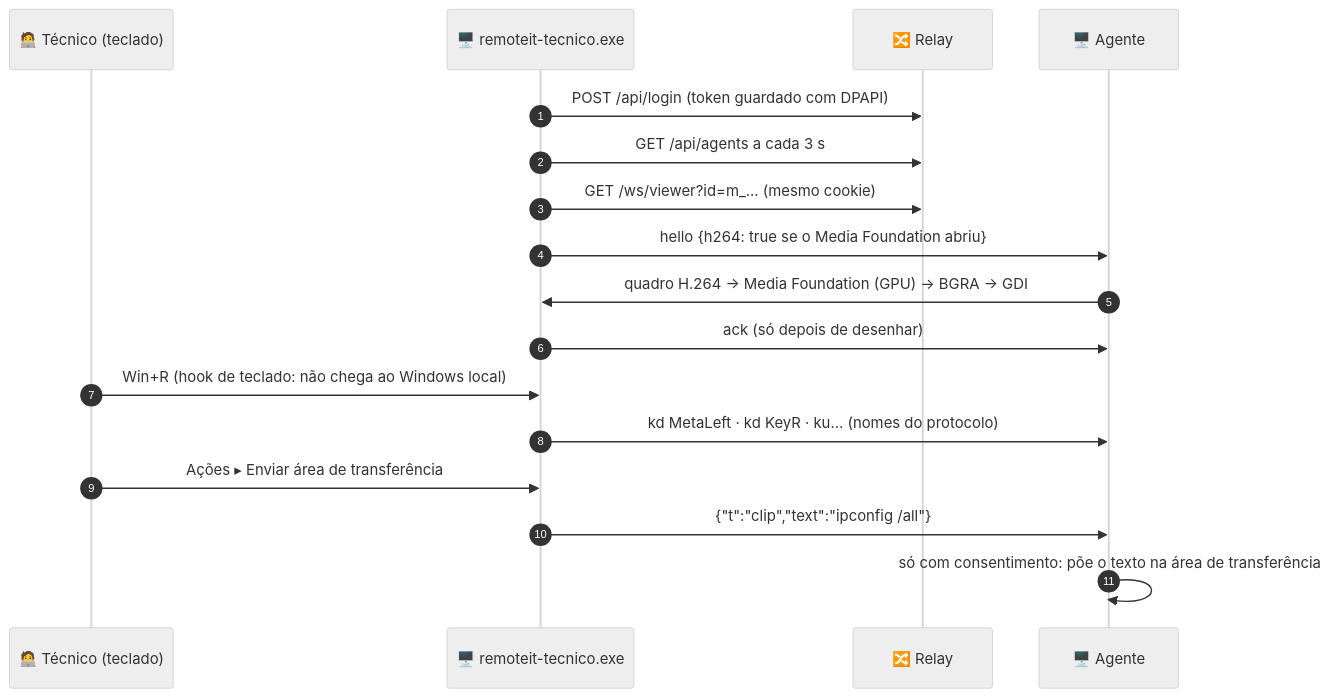
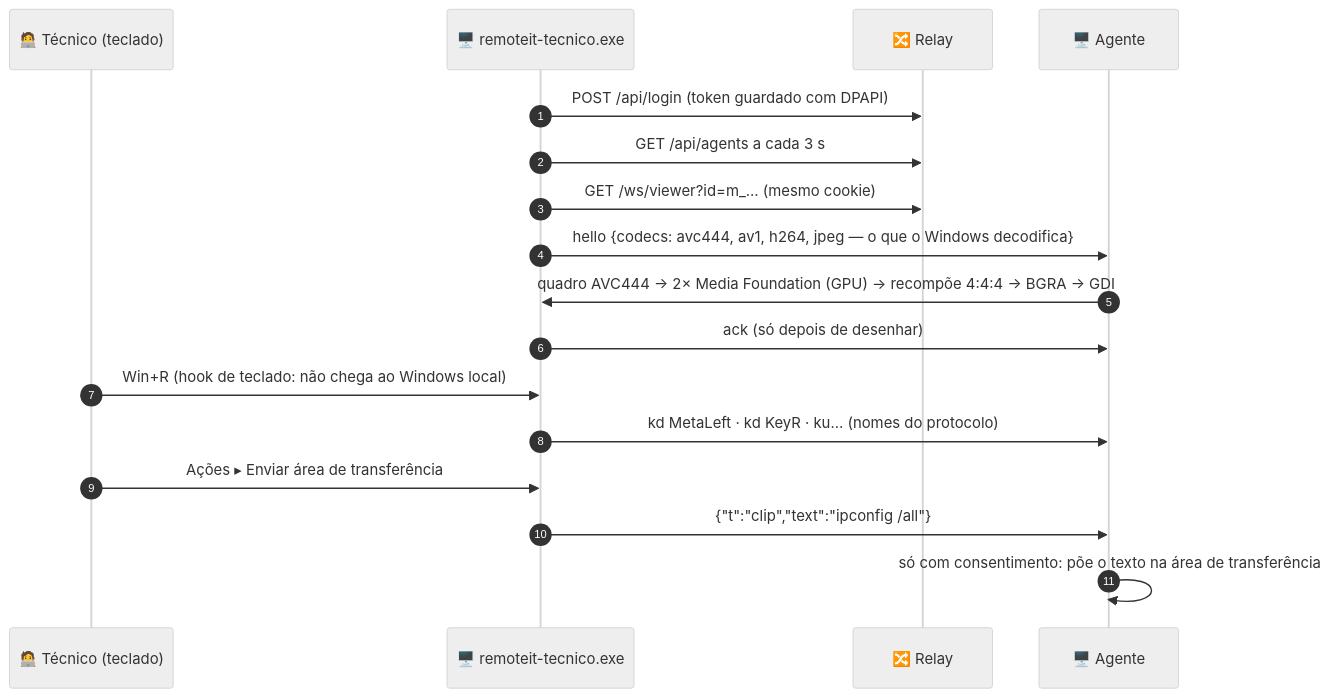
Before and after one commit to caetasousa/remoteIT: diagram 20 of 20 in docs/FLUXOS.md, drawn with Mermaid (neutral theme). The commit also changed other lines of this file and 52 other files, not shown here.

First line of the commit message:
Codecs por negociação: cor 4:4:4 (AVC444) e AV1 opcional (ADR 0013)

````diff
--- a/docs/FLUXOS.md
+++ b/docs/FLUXOS.md
@@ -677,19 +695,19 @@
 ```mermaid
 sequenceDiagram
     autonumber
     participant T as 🧑‍💻 Técnico (teclado)
     participant V as 🖥️ remoteit-tecnico.exe
     participant R as 🔀 Relay
     participant A as 🖥️ Agente
     V->>R: POST /api/login (token guardado com DPAPI)
     V->>R: GET /api/agents a cada 3 s
     V->>R: GET /ws/viewer?id=m_… (mesmo cookie)
-    V->>A: hello {h264: true se o Media Foundation abriu}
-    A->>V: quadro H.264 → Media Foundation (GPU) → BGRA → GDI
+    V->>A: hello {codecs: avc444, av1, h264, jpeg — o que o Windows decodifica}
+    A->>V: quadro AVC444 → 2× Media Foundation (GPU) → recompõe 4:4:4 → BGRA → GDI
     V->>A: ack (só depois de desenhar)
     T->>V: Win+R (hook de teclado: não chega ao Windows local)
     V->>A: kd MetaLeft · kd KeyR · ku… (nomes do protocolo)
     T->>V: Ações ▸ Enviar área de transferência
     V->>A: {"t":"clip","text":"ipconfig /all"}
     A->>A: só com consentimento: põe o texto na área de transferência
 ```
````
